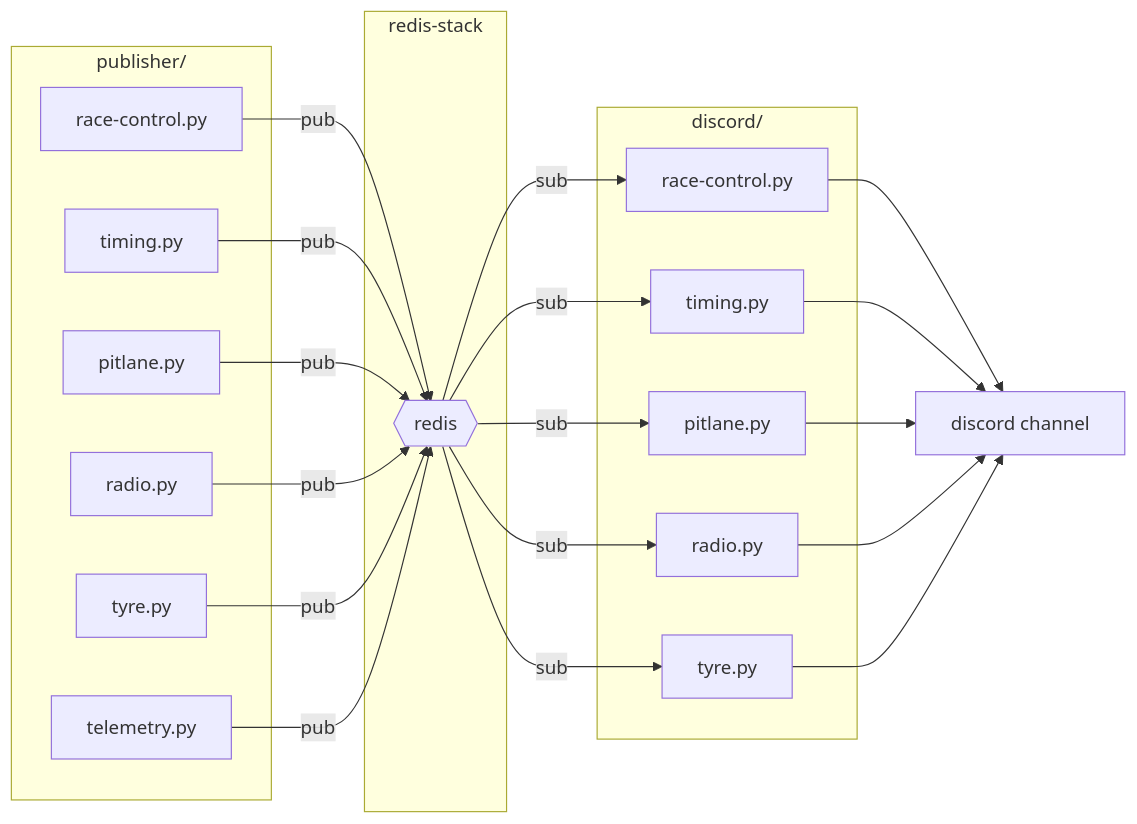
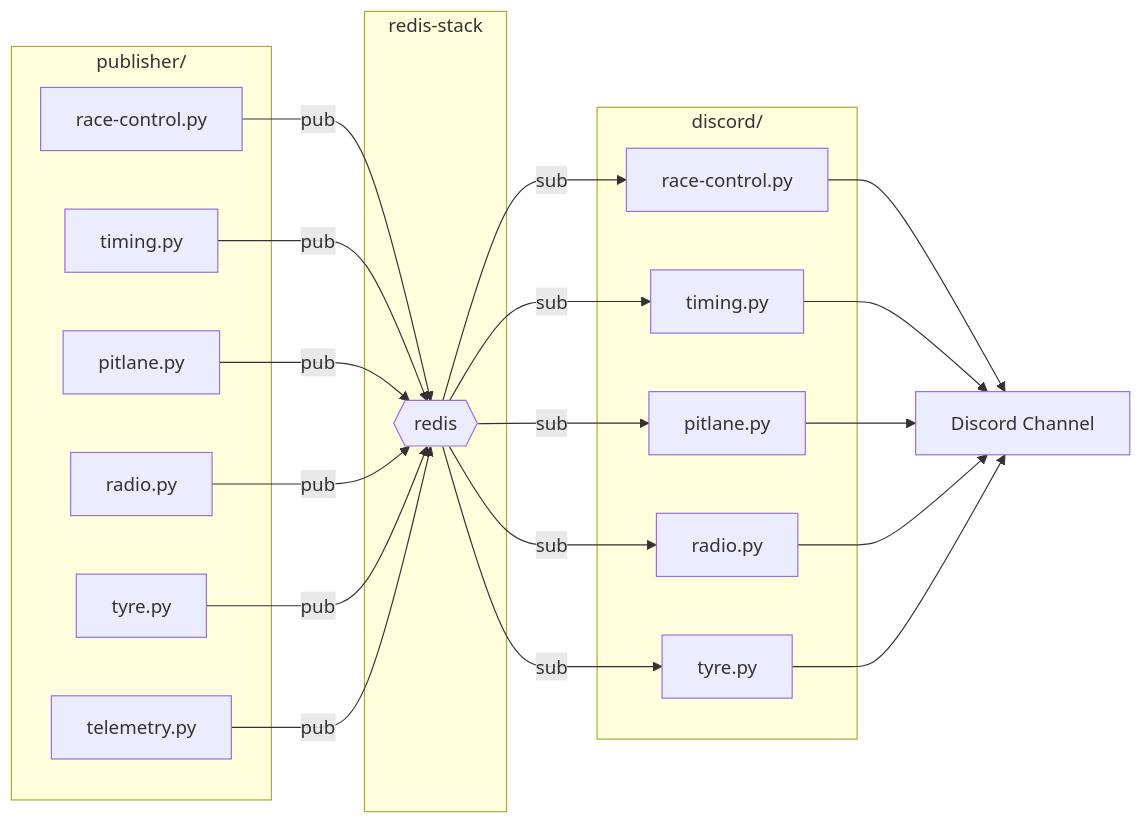
Before and after one commit to csniper-patrick/Pitwall: the first of 2 diagrams in README.md, drawn with Mermaid. The commit also changed other lines of this file and 9 other files, not shown here.

````diff
--- a/README.md
+++ b/README.md
@@ -19,27 +60,27 @@
 ```mermaid
 graph LR
     subgraph redis-stack
         R{{redis}}
     end
     subgraph publisher/
         A[race-control.py] -- pub --> R
         B[timing.py]       -- pub --> R
         C[pitlane.py]      -- pub --> R
         D[radio.py]        -- pub --> R
         E[tyre.py]         -- pub --> R
         F[telemetry.py]    -- pub --> R
     end
     subgraph discord/
         R -- sub --> H[race-control.py]
         R -- sub --> J[pitlane.py]
         R -- sub --> I[timing.py]
         R -- sub --> K[radio.py]
         R -- sub --> L[tyre.py]
     end
-    M[discord channel]
+    M[Discord Channel]
     H --> M
     I --> M
     J --> M
     K --> M
     L --> M
 ```
````
